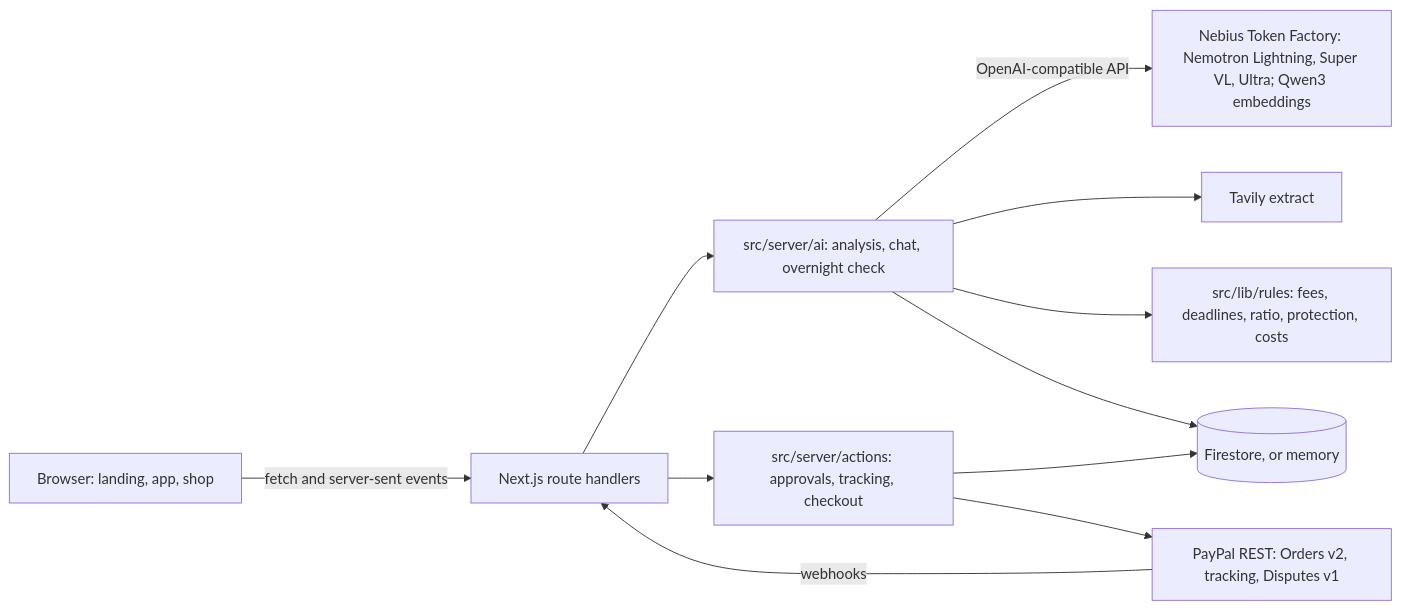
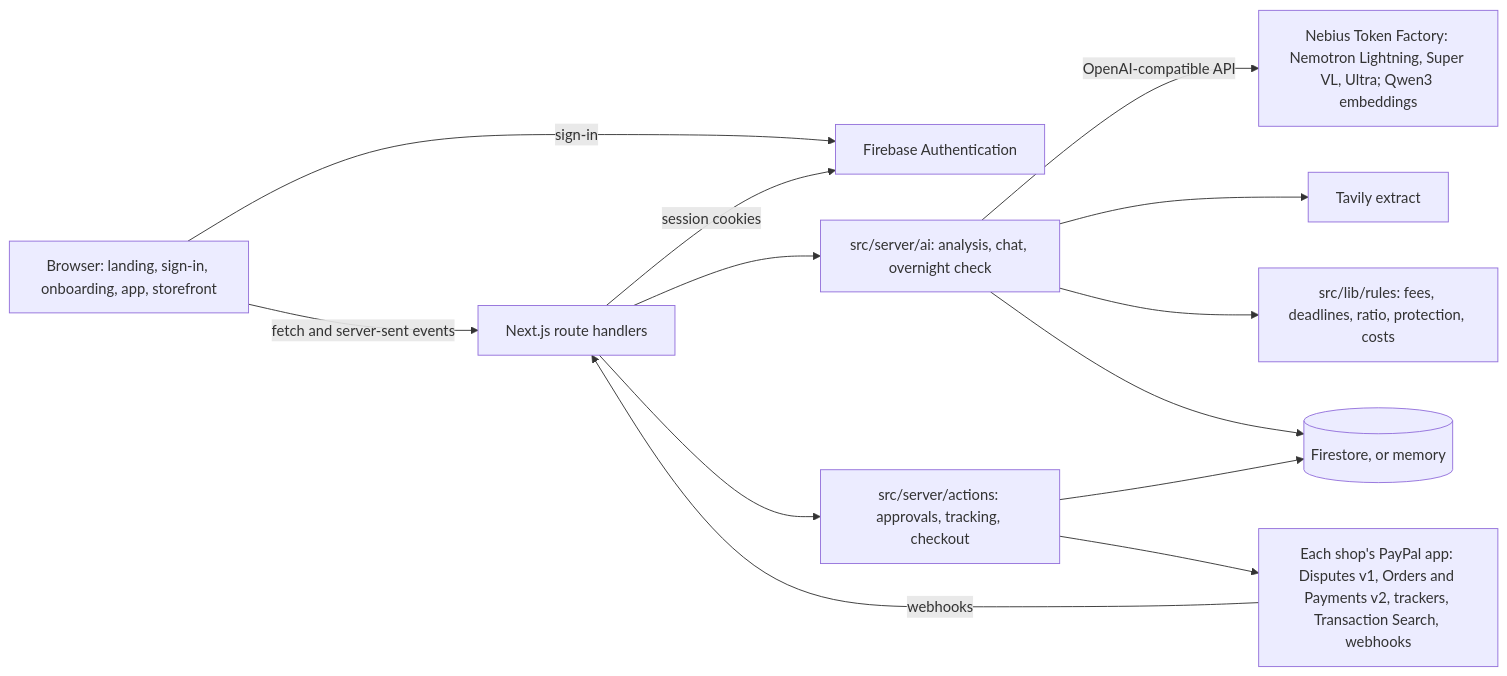
Before and after one commit to samuelmigambi/truce: the diagram in README.md, drawn with Mermaid. The commit also changed other lines of this file and 314 other files, not shown here.

````diff
--- a/README.md
+++ b/README.md
@@ -250,13 +278,15 @@
 ```mermaid
 flowchart LR
-  Browser["Browser: landing, app, shop"] -->|"fetch and server-sent events"| Routes["Next.js route handlers"]
+  Browser["Browser: landing, sign-in, onboarding, app, storefront"] -->|"fetch and server-sent events"| Routes["Next.js route handlers"]
+  Browser -->|"sign-in"| Firebase["Firebase Authentication"]
+  Routes -->|"session cookies"| Firebase
   Routes --> Agent["src/server/ai: analysis, chat, overnight check"]
   Routes --> Actions["src/server/actions: approvals, tracking, checkout"]
   Agent -->|"OpenAI-compatible API"| TF["Nebius Token Factory: Nemotron Lightning, Super VL, Ultra; Qwen3 embeddings"]
   Agent --> Tavily["Tavily extract"]
   Agent --> Rules["src/lib/rules: fees, deadlines, ratio, protection, costs"]
-  Actions --> PayPal["PayPal REST: Orders v2, tracking, Disputes v1"]
+  Actions --> PayPal["Each shop's PayPal app: Disputes v1, Orders and Payments v2, trackers, Transaction Search, webhooks"]
   PayPal -->|"webhooks"| Routes
   Agent --> Store[("Firestore, or memory")]
   Actions --> Store
 ```
````
